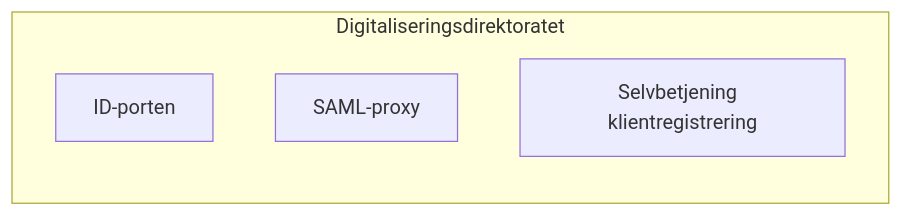
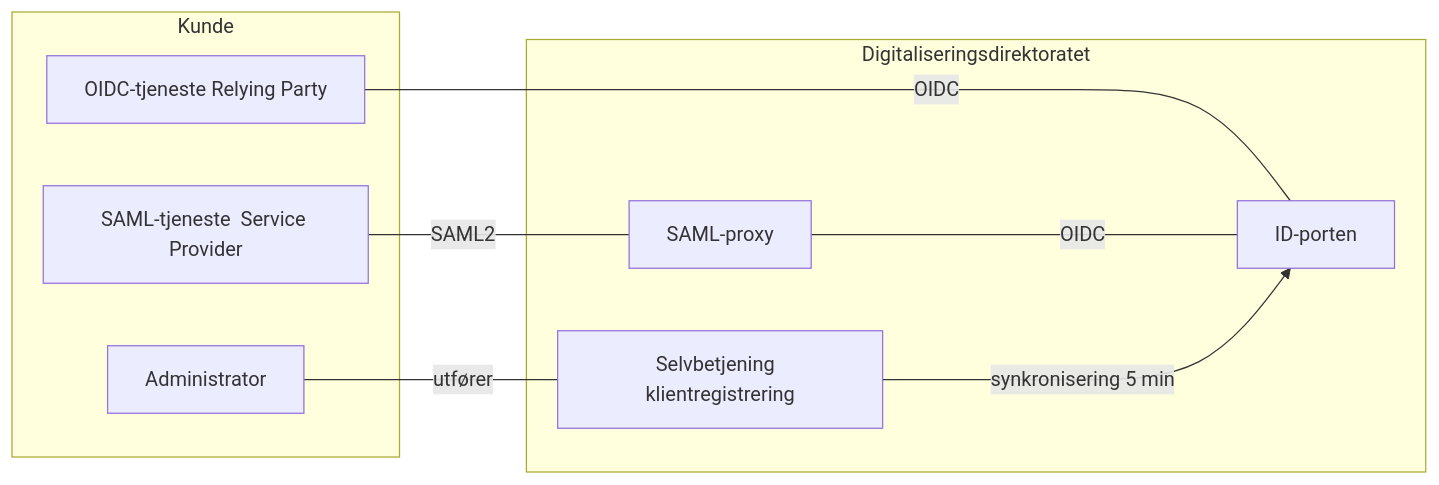
Before and after one commit to felleslosninger/docs: the diagram in _docs/idporten/idporten/idporten_overordnet.md, drawn with Mermaid.

```diff
--- a/_docs/idporten/idporten/idporten_overordnet.md
+++ b/_docs/idporten/idporten/idporten_overordnet.md
@@ -26,8 +26,18 @@
 <div class="mermaid">
 graph LR
   subgraph Digitaliseringsdirektoratet
     IDP[ID-porten]
     SAML[SAML-proxy]
     SADM[Selvbetjening  klientregistrering]
   end
+  subgraph Kunde
+     SP[SAML-tjeneste  Service Provider]
+     RP[OIDC-tjeneste  Relying Party]
+     ADM[Administrator]
+  end
+  RP --  OIDC  ---IDP
+  SP --  SAML2 ---SAML
+  SAML -- OIDC ---IDP
+  ADM -- utfører ---SADM
+  SADM -- synkronisering 5 min --->IDP
 </div>
```
